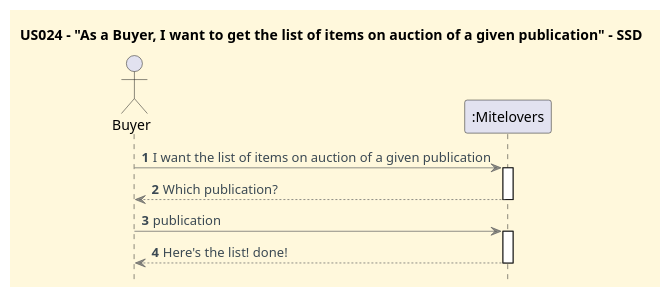
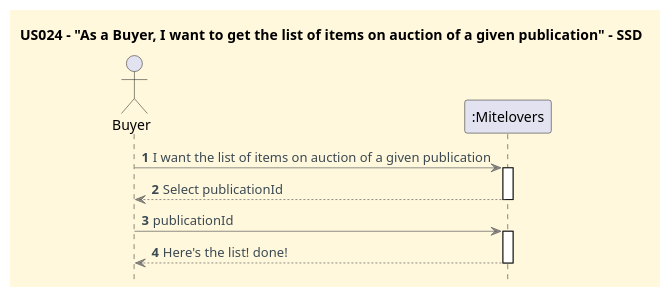
One commit to CarolinaLeite-collab/JavaMarketplacePlatform changed the diagram in docs/user-stories/US024/US024_get_list_of_items_on_auction_of_given_publication_SSD.puml. Above: the diagram before and after it, drawn with PlantUML. The commit also changed 4 other files, not shown here.

```diff
--- a/docs/user-stories/US024/US024_get_list_of_items_on_auction_of_given_publication_SSD.puml
+++ b/docs/user-stories/US024/US024_get_list_of_items_on_auction_of_given_publication_SSD.puml
@@ -1,34 +1,34 @@
 @startuml
 title US024 - "As a Buyer, I want to get the list of items on auction of a given publication" - SSD
 hidefootbox
 
 '==== basic style ====
 skinparam monochrome false
 skinparam shadowing false
 skinparam defaultFontName Futura
 skinparam objectFontSize 20
 skinparam backgroundColor CornSilk
 skinparam objectBackgroundColor WhiteSmoke
 skinparam noteBackgroundColor #FFFFE0
 skinparam ArrowFontColor #3B4953
 skinparam ActivationBackgroundColor black
 skinparam ArrowColor #57595BAA
 
 autonumber
 autoactivate off
 
 ' --- Actor and participants ---
 actor Buyer
 participant ":Mitelovers" as System
 
 ' --- System dialog ---
 Buyer -> System: I want the list of items on auction of a given publication
 activate "System"
-System --> Buyer: Which publication?
+System --> Buyer: Select publicationId
 deactivate "System"
-Buyer -> System: publication
+Buyer -> System: publicationId
 activate "System"
 System --> Buyer: Here's the list! done!
 deactivate "System"
 
 @enduml
```
